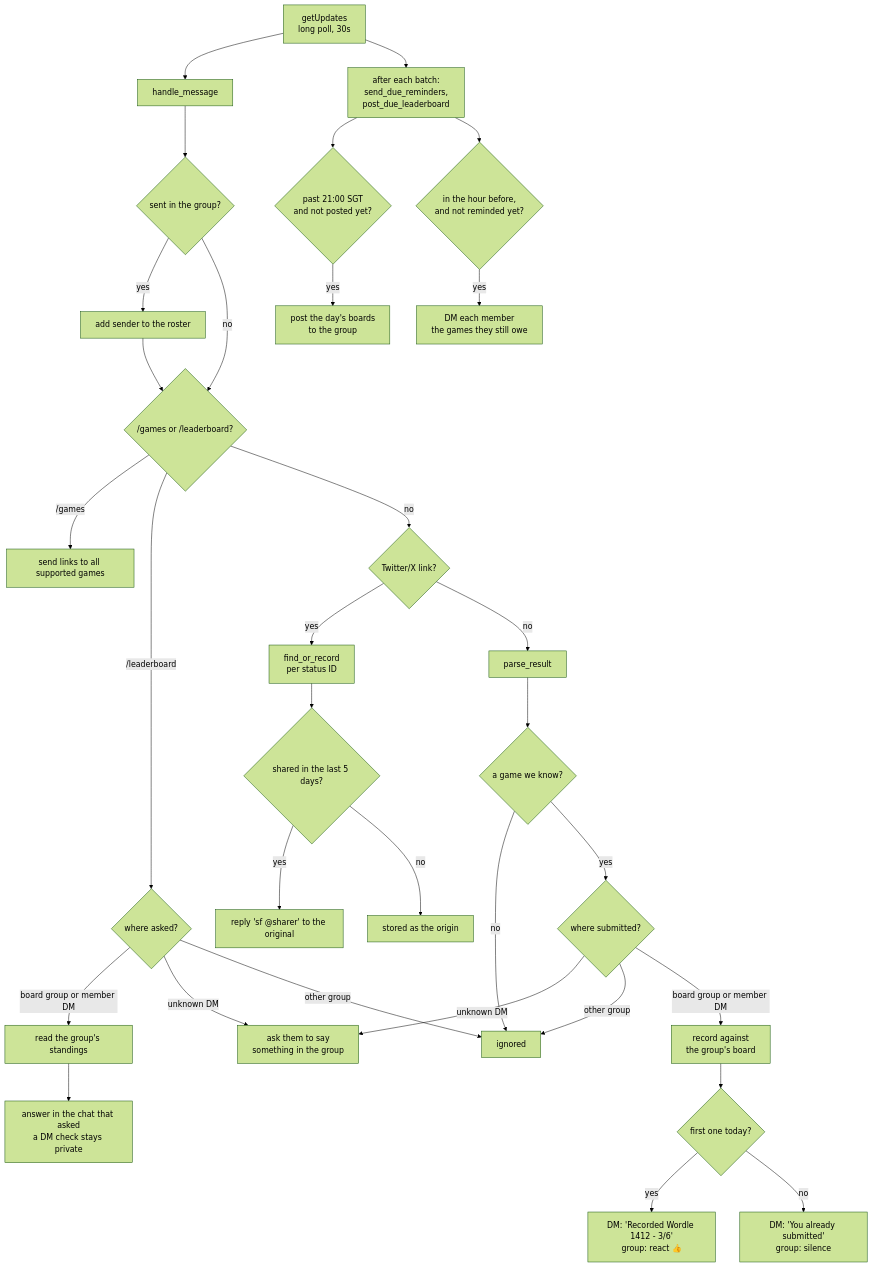
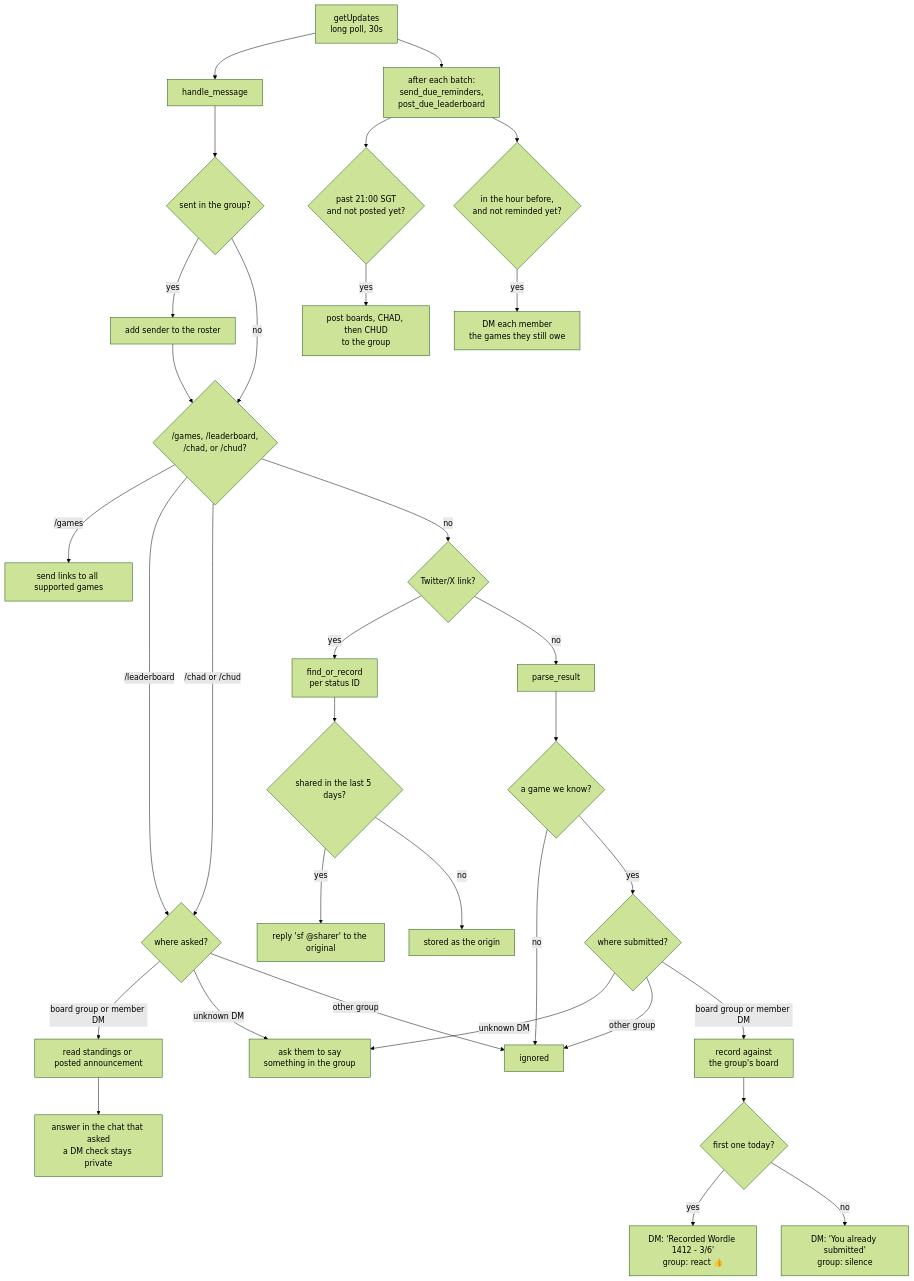
The diagram in README.md (kienanana/sfbot), drawn with Mermaid (forest theme) before and after one commit. The commit also changed other lines of this file and 4 other files, not shown here.

Commit message:
feat: chad of the day + /chad /chud commands

````diff
--- a/README.md
+++ b/README.md
@@ -70,40 +71,41 @@
 ```mermaid
 flowchart TD
     A["getUpdates<br/>long poll, 30s"] --> B["handle_message"]
 
     B --> Z{"sent in the group?"}
     Z -->|yes| Z2["add sender to the roster"]
     Z2 --> C
     Z -->|no| C
 
-    C{"/games or /leaderboard?"}
+    C{"/games, /leaderboard,<br/>/chad, or /chud?"}
     C -->|/games| D4["send links to all supported games"]
     C -->|/leaderboard| D{"where asked?"}
-    D -->|board group or member DM| D3["read the group's standings"]
+    C -->|/chad or /chud| D
+    D -->|board group or member DM| D3["read standings or posted announcement"]
     D -->|unknown DM| D2["ask them to say<br/>something in the group"]
     D -->|other group| M
     D3 --> E["answer in the chat that asked<br/>a DM check stays private"]
 
     C -->|no| F{"Twitter/X link?"}
     F -->|yes| G["find_or_record<br/>per status ID"]
     G --> H{"shared in the last 5 days?"}
     H -->|yes| I["reply 'sf @sharer' to the original"]
     H -->|no| J["stored as the origin"]
 
     F -->|no| K["parse_result"]
     K --> L{"a game we know?"}
     L -->|no| M["ignored"]
     L -->|yes| L2{"where submitted?"}
     L2 -->|unknown DM| D2
     L2 -->|other group| M
     L2 -->|board group or member DM| N["record against<br/>the group's board"]
     N --> O{"first one today?"}
     O -->|yes| P["DM: 'Recorded Wordle 1412 - 3/6'<br/>group: react 👍"]
     O -->|no| Q["DM: 'You already submitted'<br/>group: silence"]
 
     A --> R["after each batch:<br/>send_due_reminders,<br/>post_due_leaderboard"]
     R --> S{"past 21:00 SGT<br/>and not posted yet?"}
-    S -->|yes| T["post the day's boards<br/>to the group"]
+    S -->|yes| T["post boards, CHAD, then CHUD<br/>to the group"]
     R --> U{"in the hour before,<br/>and not reminded yet?"}
     U -->|yes| V["DM each member<br/>the games they still owe"]
 ```
````
